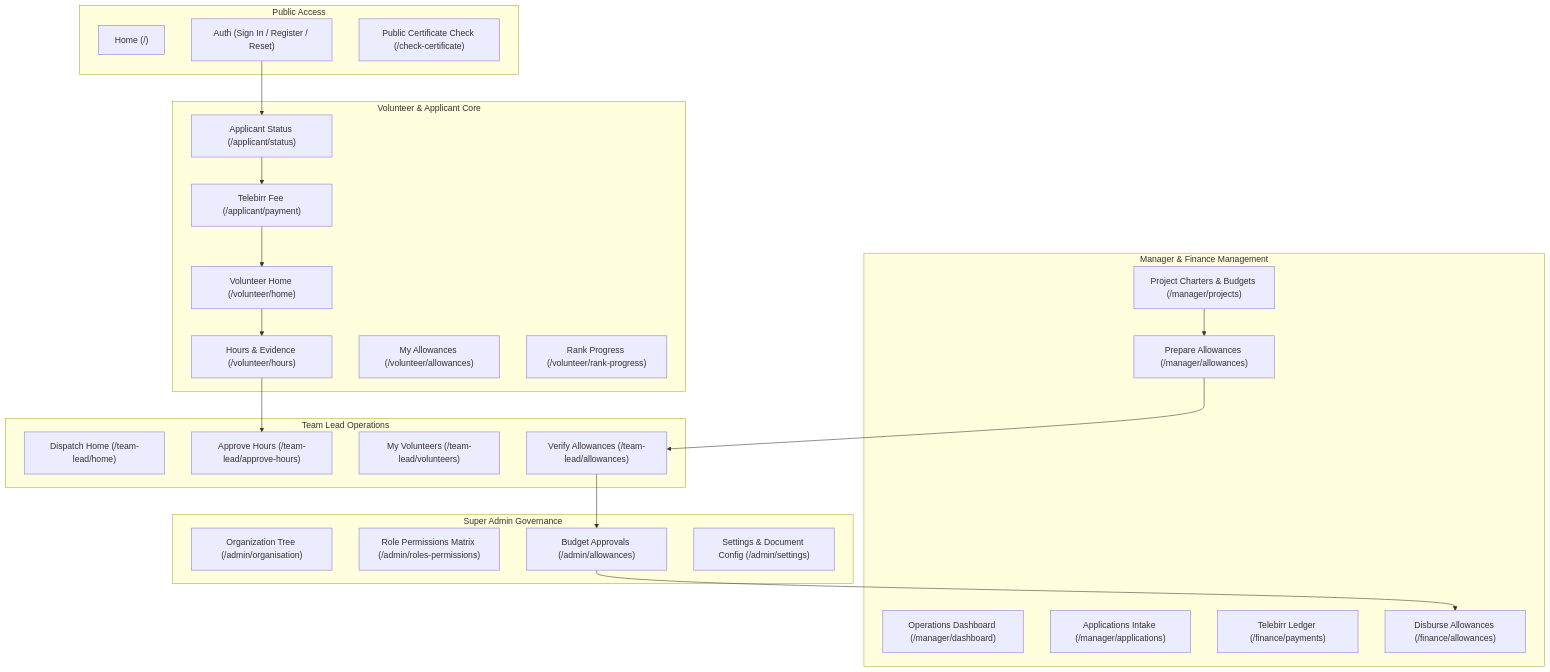
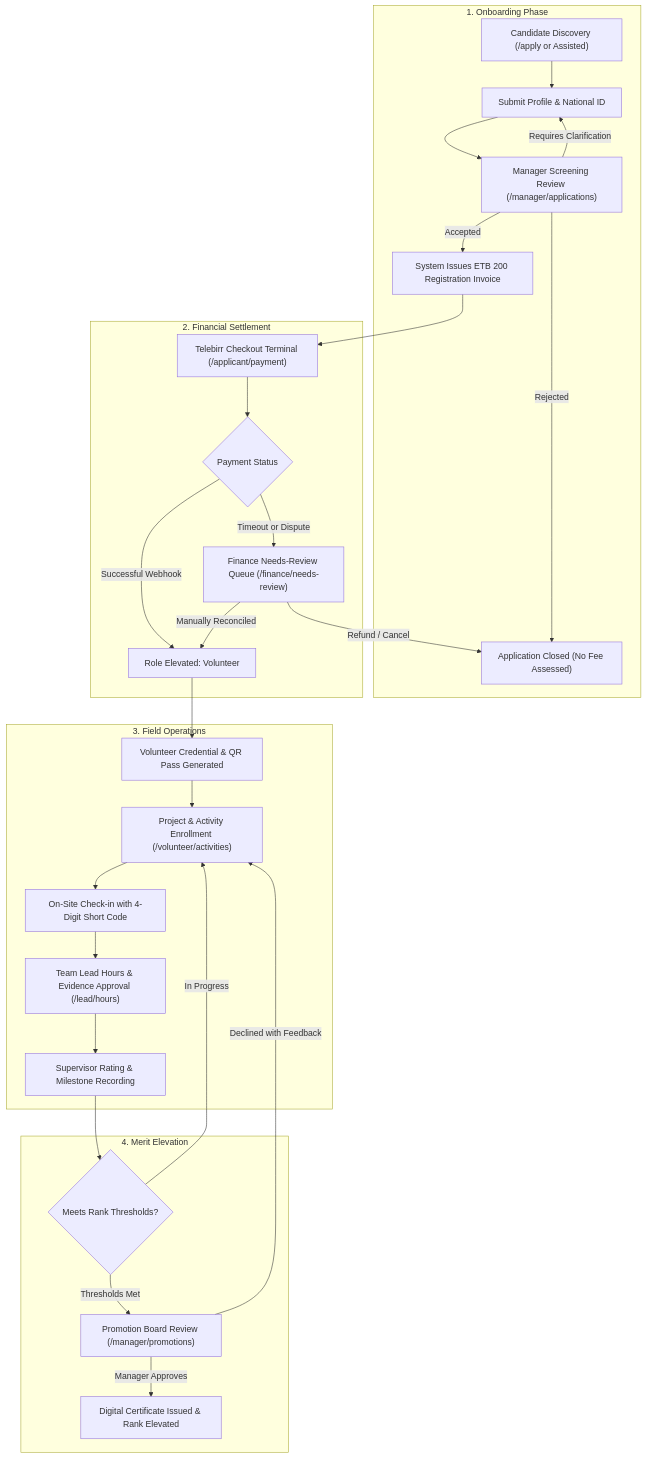
One commit to eyoba146/volunteer-operations-platform changed the first of 7 diagrams in README.md. Above: the diagram before and after it, drawn with Mermaid. The commit also changed other lines of this file and 5 other files, not shown here.

Commit message:
Complete README, requirements, schema and inventory

````diff
--- a/README.md
+++ b/README.md
@@ -174,50 +461,32 @@
 ```mermaid
 flowchart TD
-    subgraph Public["Public Access"]
-        P_HOME["Home (/)"]
-        P_AUTH["Auth (Sign In / Register / Reset)"]
-        P_CERT["Public Certificate Check (/check-certificate)"]
+    subgraph Onboarding["1. Onboarding Phase"]
+        A1["Candidate Discovery (/apply or Assisted)"] --> A2["Submit Profile & National ID"]
+        A2 --> A3["Manager Screening Review (/manager/applications)"]
+        A3 -->|Requires Clarification| A2
+        A3 -->|Rejected| A4["Application Closed (No Fee Assessed)"]
+        A3 -->|Accepted| A5["System Issues ETB 200 Registration Invoice"]
     end
-
-    subgraph Volunteer["Volunteer & Applicant Core"]
-        APP_STAT["Applicant Status (/applicant/status)"]
-        APP_PAY["Telebirr Fee (/applicant/payment)"]
-        VOL_HOME["Volunteer Home (/volunteer/home)"]
-        VOL_HRS["Hours & Evidence (/volunteer/hours)"]
-        VOL_ALW["My Allowances (/volunteer/allowances)"]
-        VOL_RNK["Rank Progress (/volunteer/rank-progress)"]
+    subgraph FinancialSettlement["2. Financial Settlement"]
+        A5 --> B1["Telebirr Checkout Terminal (/applicant/payment)"]
+        B1 --> B2{"Payment Status"}
+        B2 -->|Successful Webhook| B3["Role Elevated: Volunteer"]
+        B2 -->|Timeout or Dispute| B4["Finance Needs-Review Queue (/finance/needs-review)"]
+        B4 -->|Manually Reconciled| B3
+        B4 -->|Refund / Cancel| A4
     end
-
-    subgraph FieldOps["Team Lead Operations"]
-        TL_HOME["Dispatch Home (/team-lead/home)"]
-        TL_HRS["Approve Hours (/team-lead/approve-hours)"]
-        TL_VOL["My Volunteers (/team-lead/volunteers)"]
-        TL_VER["Verify Allowances (/team-lead/allowances)"]
+    subgraph FieldOperations["3. Field Operations"]
+        B3 --> C1["Volunteer Credential & QR Pass Generated"]
+        C1 --> C2["Project & Activity Enrollment (/volunteer/activities)"]
+        C2 --> C3["On-Site Check-in with 4-Digit Short Code"]
+        C3 --> C4["Team Lead Hours & Evidence Approval (/lead/hours)"]
+        C4 --> C5["Supervisor Rating & Milestone Recording"]
     end
-
-    subgraph Management["Manager & Finance Management"]
-        MGR_DASH["Operations Dashboard (/manager/dashboard)"]
-        MGR_PRJ["Project Charters & Budgets (/manager/projects)"]
-        MGR_ALW["Prepare Allowances (/manager/allowances)"]
-        MGR_APP["Applications Intake (/manager/applications)"]
-        FIN_PAY["Telebirr Ledger (/finance/payments)"]
-        FIN_ALW["Disburse Allowances (/finance/allowances)"]
+    subgraph MeritElevation["4. Merit Elevation"]
+        C5 --> D1{"Meets Rank Thresholds?"}
+        D1 -->|In Progress| C2
+        D1 -->|Thresholds Met| D2["Promotion Board Review (/manager/promotions)"]
+        D2 -->|Manager Approves| D3["Digital Certificate Issued & Rank Elevated"]
+        D2 -->|Declined with Feedback| C2
     end
-
-    subgraph Governance["Super Admin Governance"]
-        ADM_ORG["Organization Tree (/admin/organisation)"]
-        ADM_ROL["Role Permissions Matrix (/admin/roles-permissions)"]
-        ADM_ALW["Budget Approvals (/admin/allowances)"]
-        ADM_SET["Settings & Document Config (/admin/settings)"]
-    end
-
-    P_AUTH --> APP_STAT
-    APP_STAT --> APP_PAY
-    APP_PAY --> VOL_HOME
-    VOL_HOME --> VOL_HRS
-    VOL_HRS --> TL_HRS
-    MGR_PRJ --> MGR_ALW
-    MGR_ALW --> TL_VER
-    TL_VER --> ADM_ALW
-    ADM_ALW --> FIN_ALW
 ```
````
